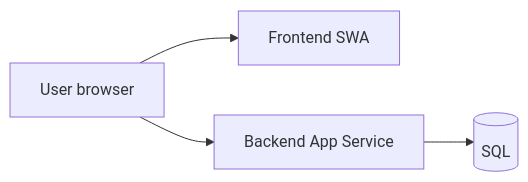
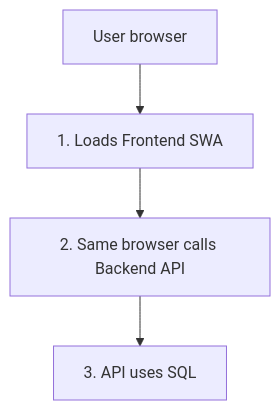
Before and after one commit to shashankdkte/dev-drop: the first of 8 diagrams in sakura-v2/public/fe1.md, drawn with Mermaid. The commit also changed other lines of this file, not shown here.

````diff
--- a/sakura-v2/public/fe1.md
+++ b/sakura-v2/public/fe1.md
@@ -5,6 +5,6 @@
 ```mermaid
-flowchart LR
-  U[User browser] --> FE[Frontend SWA]
-  U --> API[Backend App Service]
-  API --> DB[(SQL)]
+flowchart TB
+  U[User browser] --> FE[1. Loads Frontend SWA]
+  FE --> API[2. Same browser calls Backend API]
+  API --> DB[3. API uses SQL]
 ```
````
